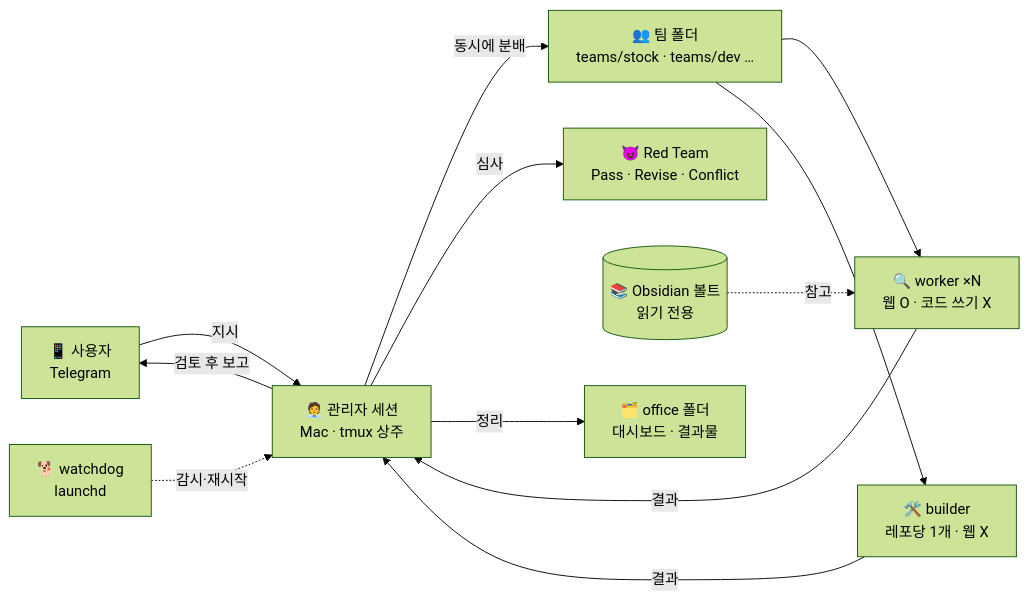
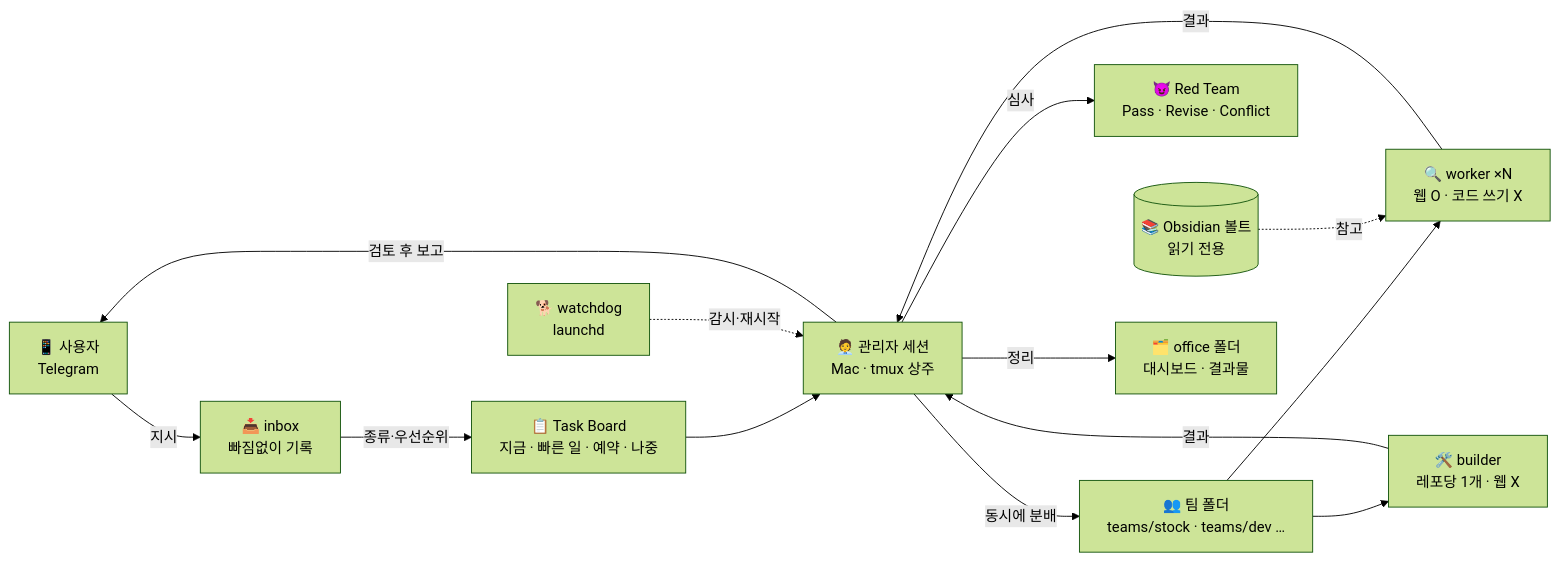
One commit to zzaehong/nidus-plugin changed the diagram in README.md. Above: the diagram before and after it, drawn with Mermaid (forest theme). The commit also changed other lines of this file and 7 other files, not shown here.

First line of the commit message:
Inbox 두 단계와 Task Board(board.md)

````diff
--- a/README.md
+++ b/README.md
@@ -31,14 +31,16 @@
 ```mermaid
 flowchart LR
-    U["📱 사용자<br/>Telegram"] -- 지시 --> M["🧑‍💼 관리자 세션<br/>Mac · tmux 상주"]
+    U["📱 사용자<br/>Telegram"] -- 지시 --> I["📥 inbox<br/>빠짐없이 기록"]
+    I -- "종류·우선순위" --> TB["📋 Task Board<br/>지금 · 빠른 일 · 예약 · 나중"]
+    TB --> M["🧑‍💼 관리자 세션<br/>Mac · tmux 상주"]
     M -- "동시에 분배" --> T["👥 팀 폴더<br/>teams/stock · teams/dev …"]
     T --> W["🔍 worker ×N<br/>웹 O · 코드 쓰기 X"]
     T --> B["🛠️ builder<br/>레포당 1개 · 웹 X"]
     W -- 결과 --> M
     B -- 결과 --> M
     M -- 심사 --> R["😈 Red Team<br/>Pass · Revise · Conflict"]
     V[("📚 Obsidian 볼트<br/>읽기 전용")] -. 참고 .-> W
     M -- "검토 후 보고" --> U
     M -- 정리 --> O["🗂️ office 폴더<br/>대시보드 · 결과물"]
     D["🐕 watchdog<br/>launchd"] -. 감시·재시작 .-> M
 ```
````
